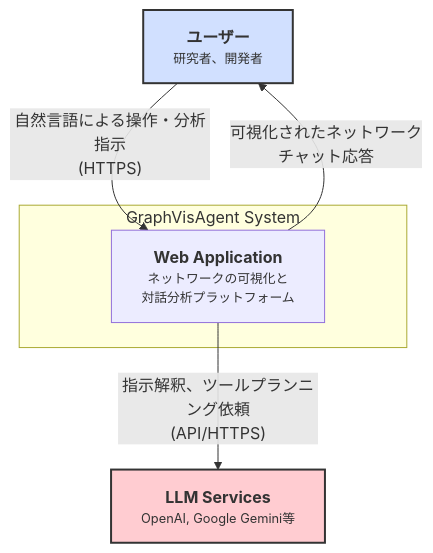
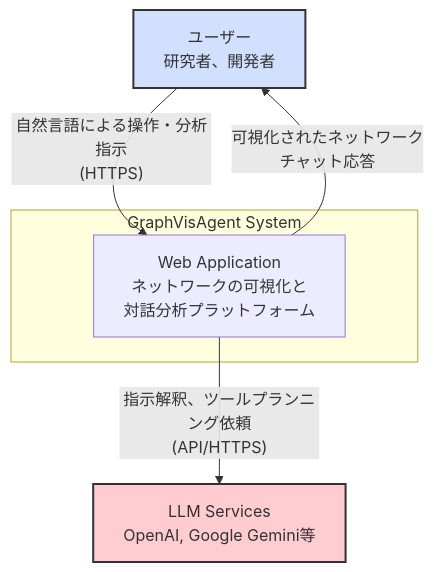
Before and after one commit to vdslab/LLMGraphvis: the first of 2 diagrams in specification/2_Technical_Details/0_Architecture.md, drawn with Mermaid. The commit also changed other lines of this file and 8 other files, not shown here.

````diff
--- a/specification/2_Technical_Details/0_Architecture.md
+++ b/specification/2_Technical_Details/0_Architecture.md
@@ -16,17 +16,17 @@
 ```mermaid
 graph TD
-    user[<div style="font-weight:bold">ユーザー</div><div style="font-size: 80%;">研究者、開発者</div>]
+    user["ユーザー<br/>研究者、開発者"]
 
     subgraph "GraphVisAgent System"
-        webApplication["<div style="font-weight:bold">Web Application</div><div style="font-size: 80%;">ネットワークの可視化と<br/>対話分析プラットフォーム</div>"]
+        webApplication["Web Application<br/>ネットワークの可視化と<br/>対話分析プラットフォーム"]
     end
 
-    llmServices[<div style="font-weight:bold">LLM Services</div><div style="font-size: 80%;">OpenAI, Google Gemini等</div>]
+    llmServices["LLM Services<br/>OpenAI, Google Gemini等"]
 
     user -- "自然言語による操作・分析指示<br/>(HTTPS)" --> webApplication
     webApplication -- "可視化されたネットワーク<br/>チャット応答" --> user
     webApplication -- "指示解釈、ツールプランニング依頼<br/>(API/HTTPS)" --> llmServices
 
     style user fill:#d1e0ff,stroke:#333,stroke-width:2px
     style llmServices fill:#ffccd1,stroke:#333,stroke-width:2px
 ```
````
